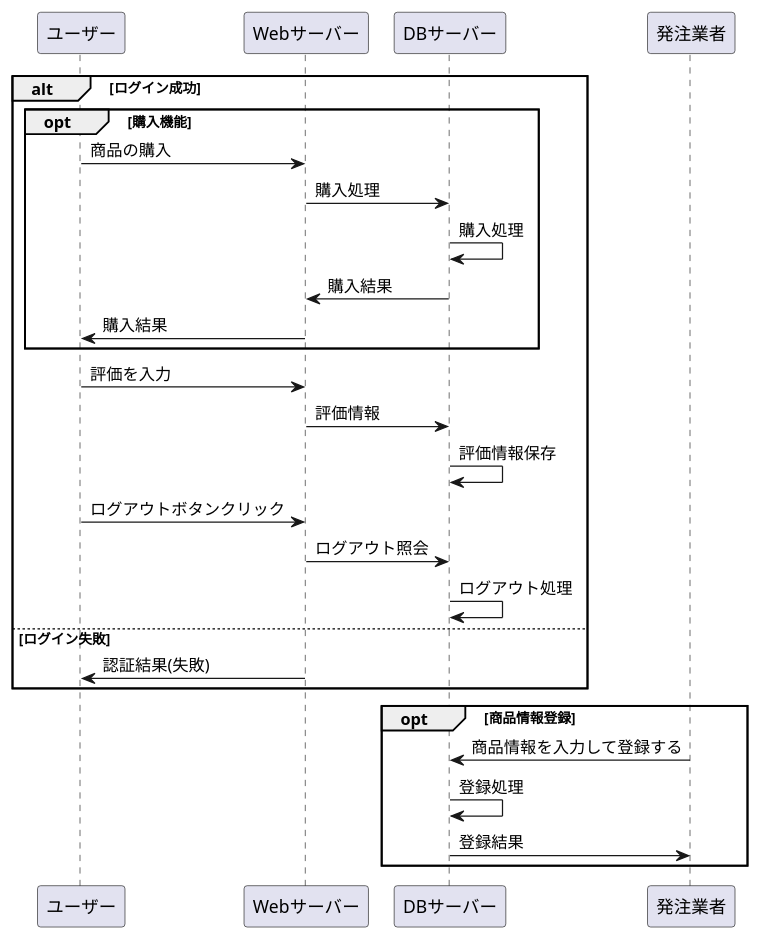
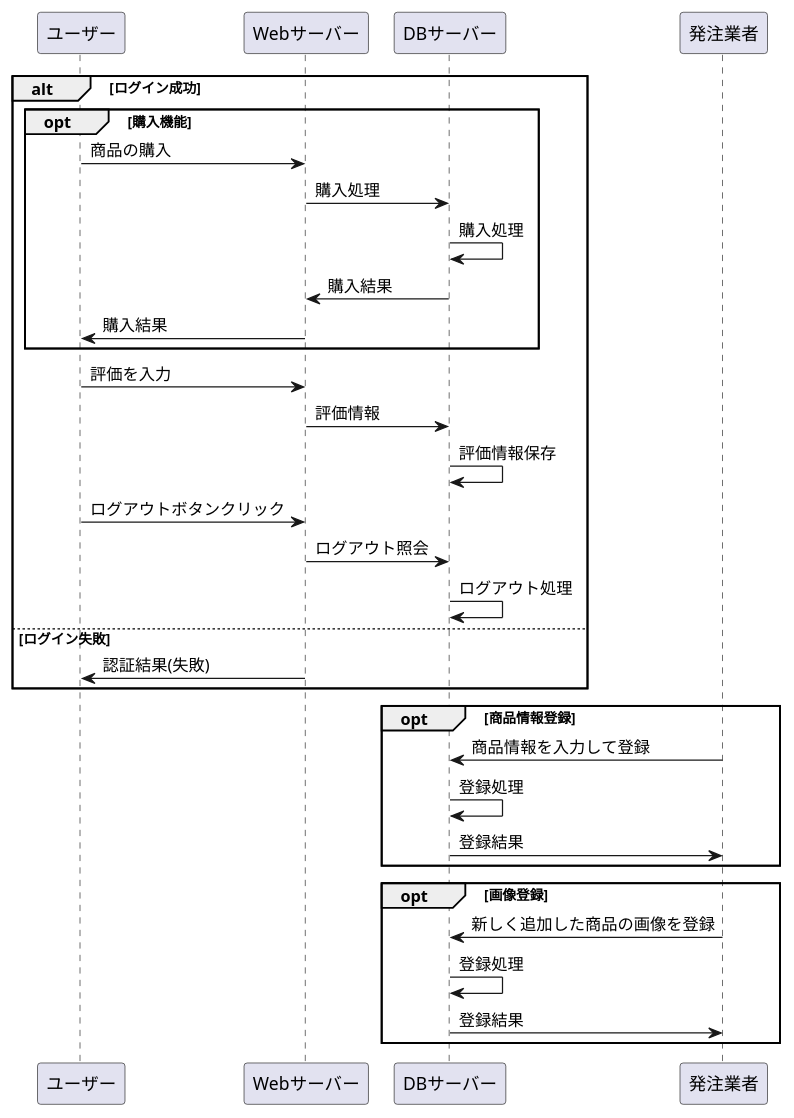
Before and after one commit to Aso2001154/2021sys-design: the diagram in cookjob1.md, drawn with PlantUML.

````diff
--- a/cookjob1.md
+++ b/cookjob1.md
@@ -1,26 +1,31 @@
 ```uml
 @startuml
 alt ログイン成功
 opt 購入機能
 ユーザー -> Webサーバー : 商品の購入
 Webサーバー -> DBサーバー : 購入処理
 DBサーバー -> DBサーバー : 購入処理
 DBサーバー -> Webサーバー : 購入結果
 Webサーバー -> ユーザー : 購入結果
 end
 ユーザー -> Webサーバー : 評価を入力
 Webサーバー -> DBサーバー : 評価情報
 DBサーバー -> DBサーバー : 評価情報保存
 ユーザー -> Webサーバー : ログアウトボタンクリック
 Webサーバー -> DBサーバー : ログアウト照会
 DBサーバー -> DBサーバー : ログアウト処理
 else ログイン失敗
 Webサーバー -> ユーザー : 認証結果(失敗)
 end
 opt 商品情報登録
-発注業者 -> DBサーバー : 商品情報を入力して登録する
+発注業者 -> DBサーバー : 商品情報を入力して登録
+DBサーバー -> DBサーバー : 登録処理
+DBサーバー -> 発注業者 : 登録結果
+end
+opt 画像登録
+発注業者 -> DBサーバー : 新しく追加した商品の画像を登録
 DBサーバー -> DBサーバー : 登録処理
 DBサーバー -> 発注業者 : 登録結果
 end
 @enduml
 ```
````
